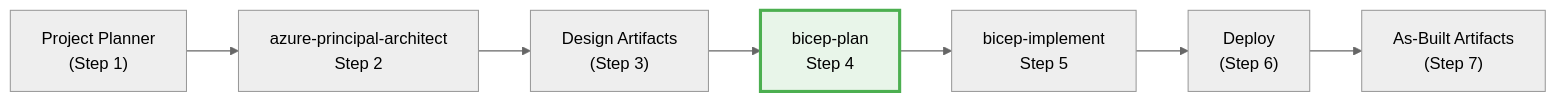
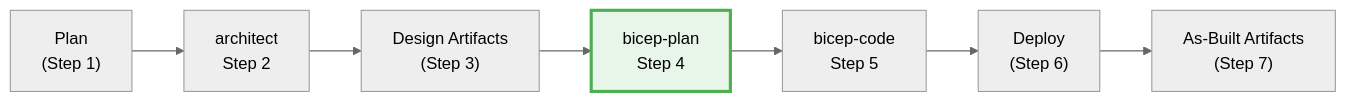
Before and after one commit to jonathan-vella/apex-accelerator: the diagram in .github/agents/bicep-plan.agent.md, drawn with Mermaid. The commit also changed other lines of this file and 38 other files, not shown here.

````diff
--- a/.github/agents/bicep-plan.agent.md
+++ b/.github/agents/bicep-plan.agent.md
@@ -515,11 +495,11 @@
 ```mermaid
 %%{init: {'theme':'neutral'}}%%
 graph LR
-    P["Project Planner<br/>(Step 1)"] --> A[azure-principal-architect<br/>Step 2]
+    P["Plan<br/>(Step 1)"] --> A[architect<br/>Step 2]
     A --> D["Design Artifacts<br/>(Step 3)"]
     D --> B[bicep-plan<br/>Step 4]
-    B --> I[bicep-implement<br/>Step 5]
+    B --> I[bicep-code<br/>Step 5]
     I --> DEP["Deploy<br/>(Step 6)"]
     DEP --> F["As-Built Artifacts<br/>(Step 7)"]
     style B fill:#e8f5e9,stroke:#4caf50,stroke-width:3px
 ```
````
